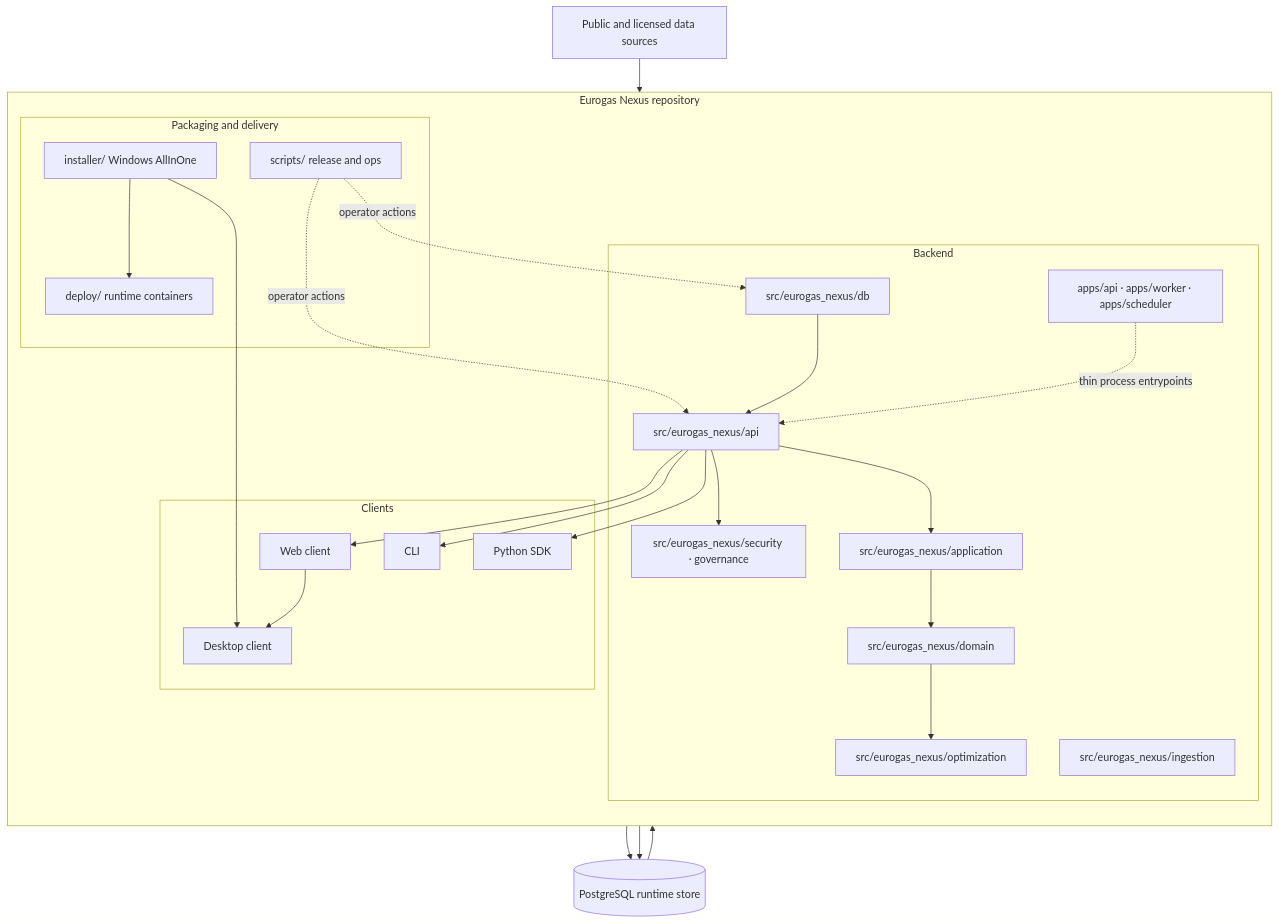
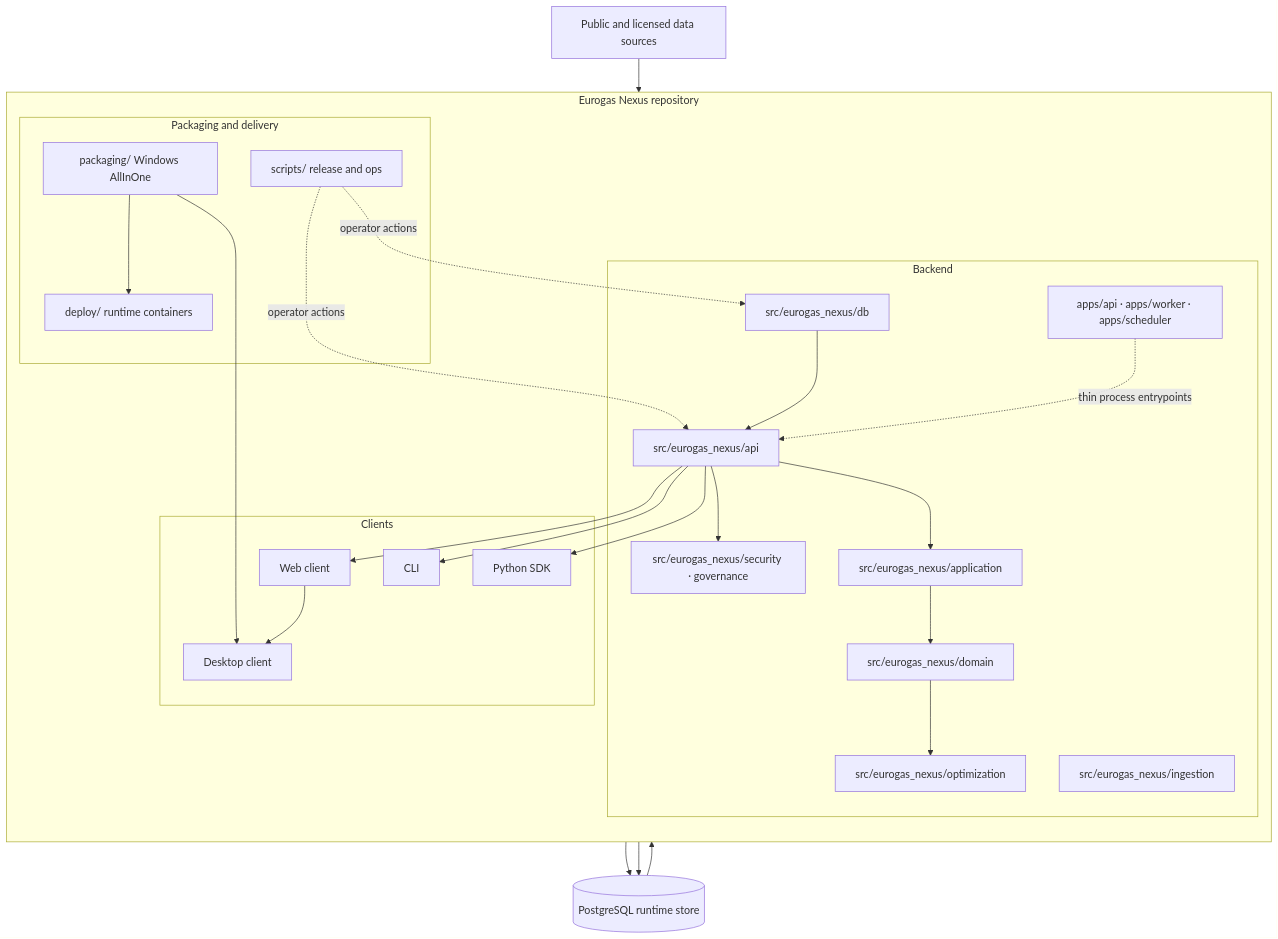
Before and after one commit to AlexYuhuFeng/EurogasNexus: the diagram in README.md, drawn with Mermaid. The commit also changed 174 other files, not shown here.

Commit message:
refactor: clean internal artifacts, move observations to domain, remove packages placeholder, rename installer to packaging

````diff
--- a/README.md
+++ b/README.md
@@ -52,50 +52,50 @@
 ```mermaid
 flowchart TB
     subgraph Repo["Eurogas Nexus repository"]
         direction TB
         subgraph Backend["Backend"]
             Apps["apps/api · apps/worker · apps/scheduler"]
             Ing["src/eurogas_nexus/ingestion"]
             Api["src/eurogas_nexus/api"]
             App["src/eurogas_nexus/application"]
             Domain["src/eurogas_nexus/domain"]
             Db["src/eurogas_nexus/db"]
             Opt["src/eurogas_nexus/optimization"]
             Gov["src/eurogas_nexus/security · governance"]
         end
 
         subgraph Clients["Clients"]
             SDK["Python SDK"]
             CLI["CLI"]
             Web["Web client"]
             Desktop["Desktop client"]
         end
 
         subgraph Delivery["Packaging and delivery"]
             Deploy["deploy/ runtime containers"]
-            Installer["installer/ Windows AllInOne"]
+            Installer["packaging/ Windows AllInOne"]
             Scripts["scripts/ release and ops"]
         end
     end
 
     Sources["Public and licensed data sources"] --> Ing
     Ing --> PG[("PostgreSQL runtime store")]
     PG --> Db
     Db --> Api
     Api --> App
     App --> Domain
     Domain --> Opt
     Api --> Gov
 
     Apps -. "thin process entrypoints" .-> Api
     Api --> SDK
     Api --> CLI
     Api --> Web
     Web --> Desktop
 
     Deploy --> PG
     Installer --> Desktop
     Installer --> Deploy
     Scripts -. "operator actions" .-> Db
     Scripts -. "operator actions" .-> Api
 ```
````
